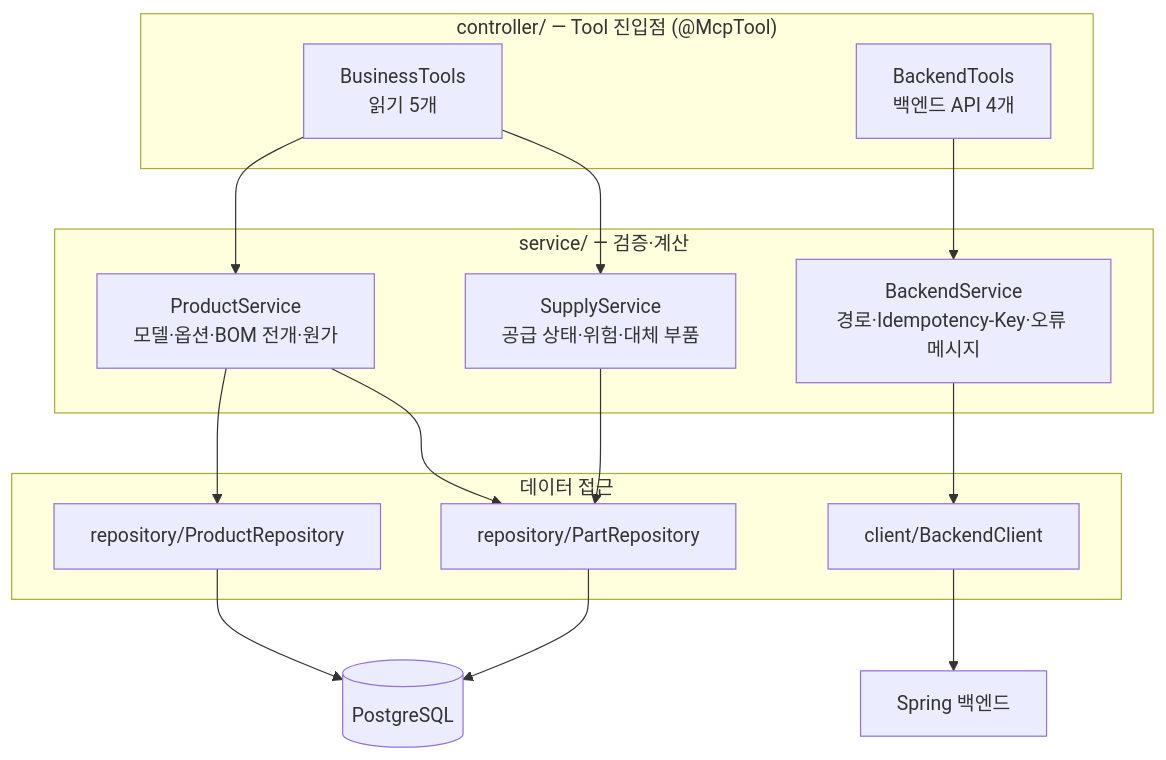
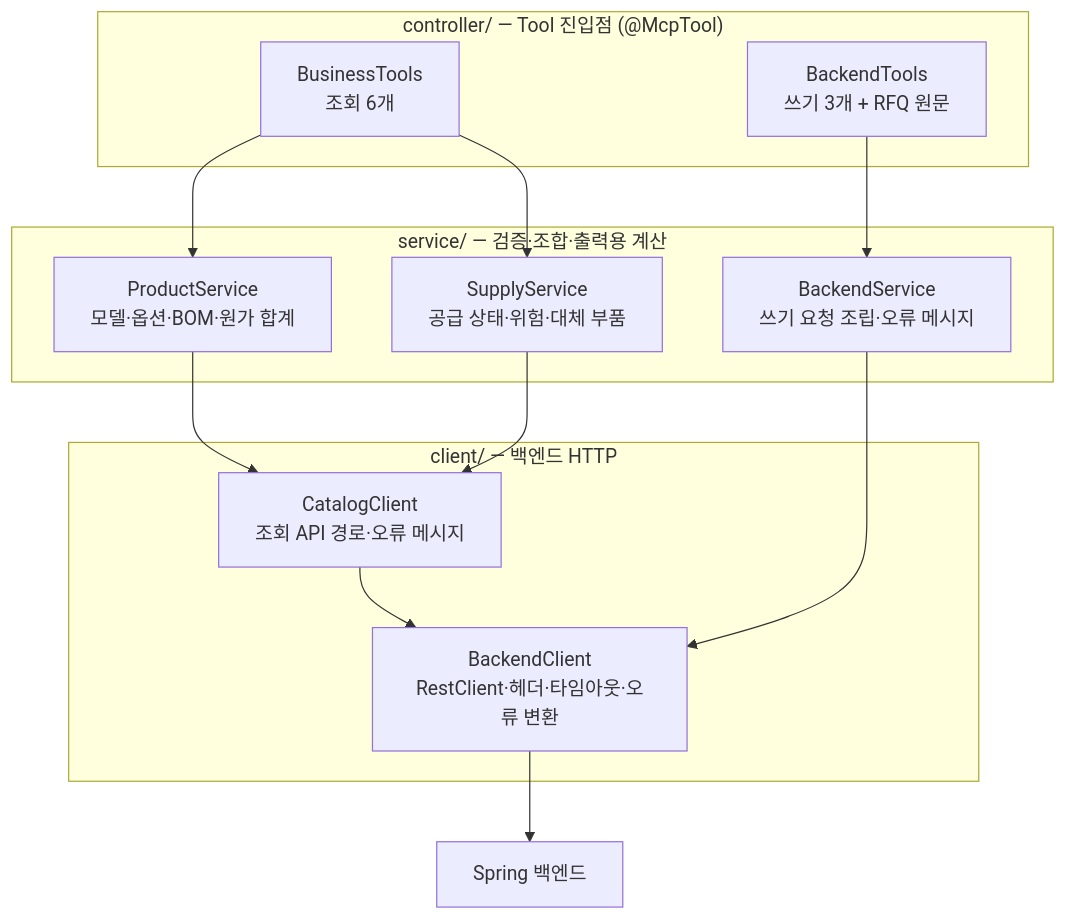
The third of 5 diagrams in ARCHITECTURE.md (SKALA-class5-team1/SupplySync-Business-MCP), drawn with Mermaid before and after one commit. The commit also changed other lines of this file and 2 other files, not shown here.

Commit message:
docs: 백엔드 API 전환과 get_substitutes를 문서에 반영

````diff
--- a/ARCHITECTURE.md
+++ b/ARCHITECTURE.md
@@ -67,24 +67,21 @@
 ```mermaid
 flowchart TD
     subgraph entry["controller/ — Tool 진입점 (@McpTool)"]
-        BT[BusinessTools<br/>읽기 5개]
-        KT[BackendTools<br/>백엔드 API 4개]
+        BT[BusinessTools<br/>조회 6개]
+        KT[BackendTools<br/>쓰기 3개 + RFQ 원문]
     end
-    subgraph svc["service/ — 검증·계산"]
-        PS[ProductService<br/>모델·옵션·BOM 전개·원가]
+    subgraph svc["service/ — 검증·조합·출력용 계산"]
+        PS[ProductService<br/>모델·옵션·BOM·원가 합계]
         SS[SupplyService<br/>공급 상태·위험·대체 부품]
-        KS[BackendService<br/>경로·Idempotency-Key·오류 메시지]
+        KS[BackendService<br/>쓰기 요청 조립·오류 메시지]
     end
-    subgraph data["데이터 접근"]
-        PR[repository/ProductRepository]
-        PaR[repository/PartRepository]
-        BC[client/BackendClient]
+    subgraph client["client/ — 백엔드 HTTP"]
+        CC[CatalogClient<br/>조회 API 경로·오류 메시지]
+        BC[BackendClient<br/>RestClient·헤더·타임아웃·오류 변환]
     end
     BT --> PS & SS
     KT --> KS
-    PS --> PR & PaR
-    SS --> PaR
-    KS --> BC
-    PR & PaR --> DB[(PostgreSQL)]
+    PS & SS --> CC
+    CC & KS --> BC
     BC --> BE[Spring 백엔드]
 ```
````
